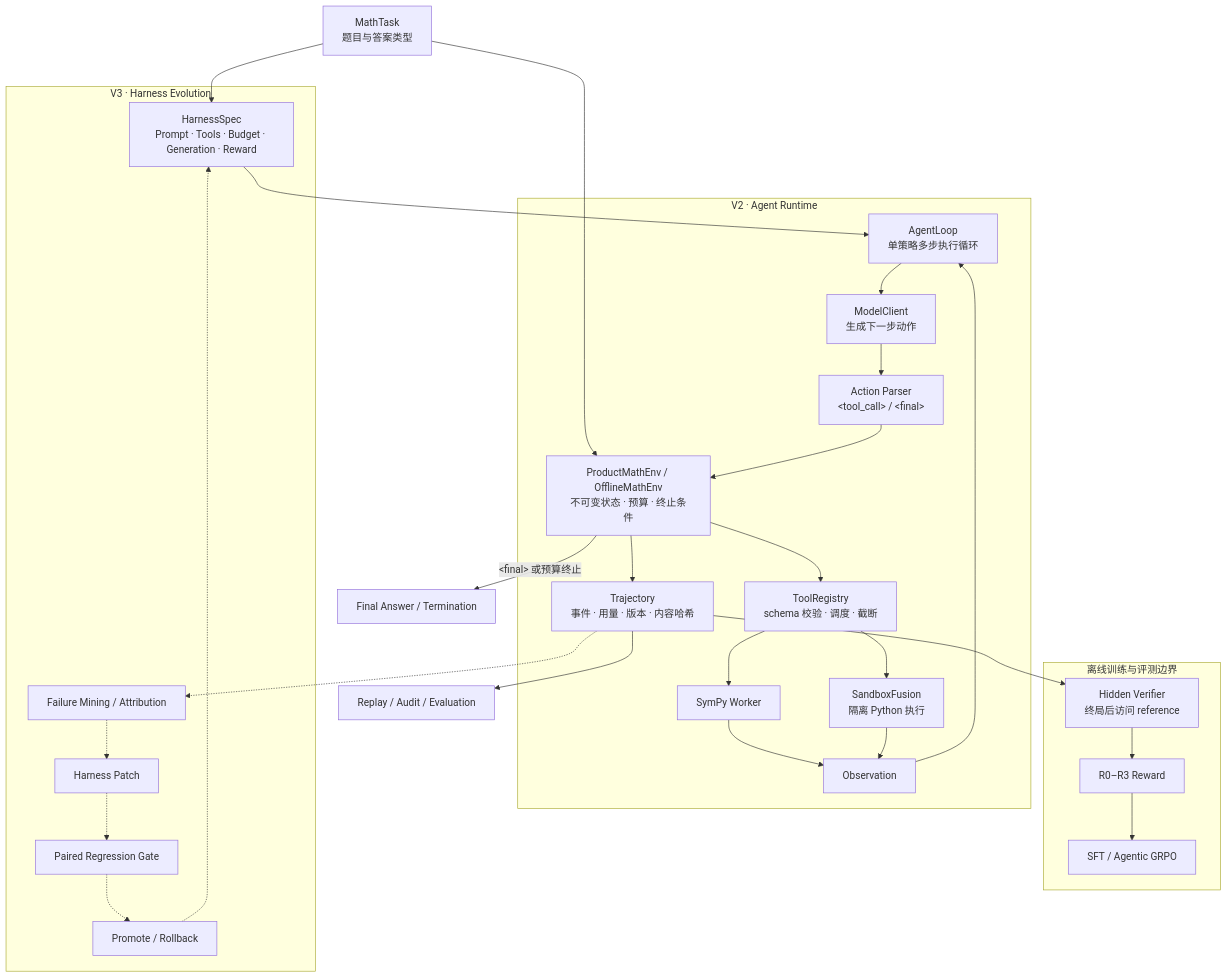
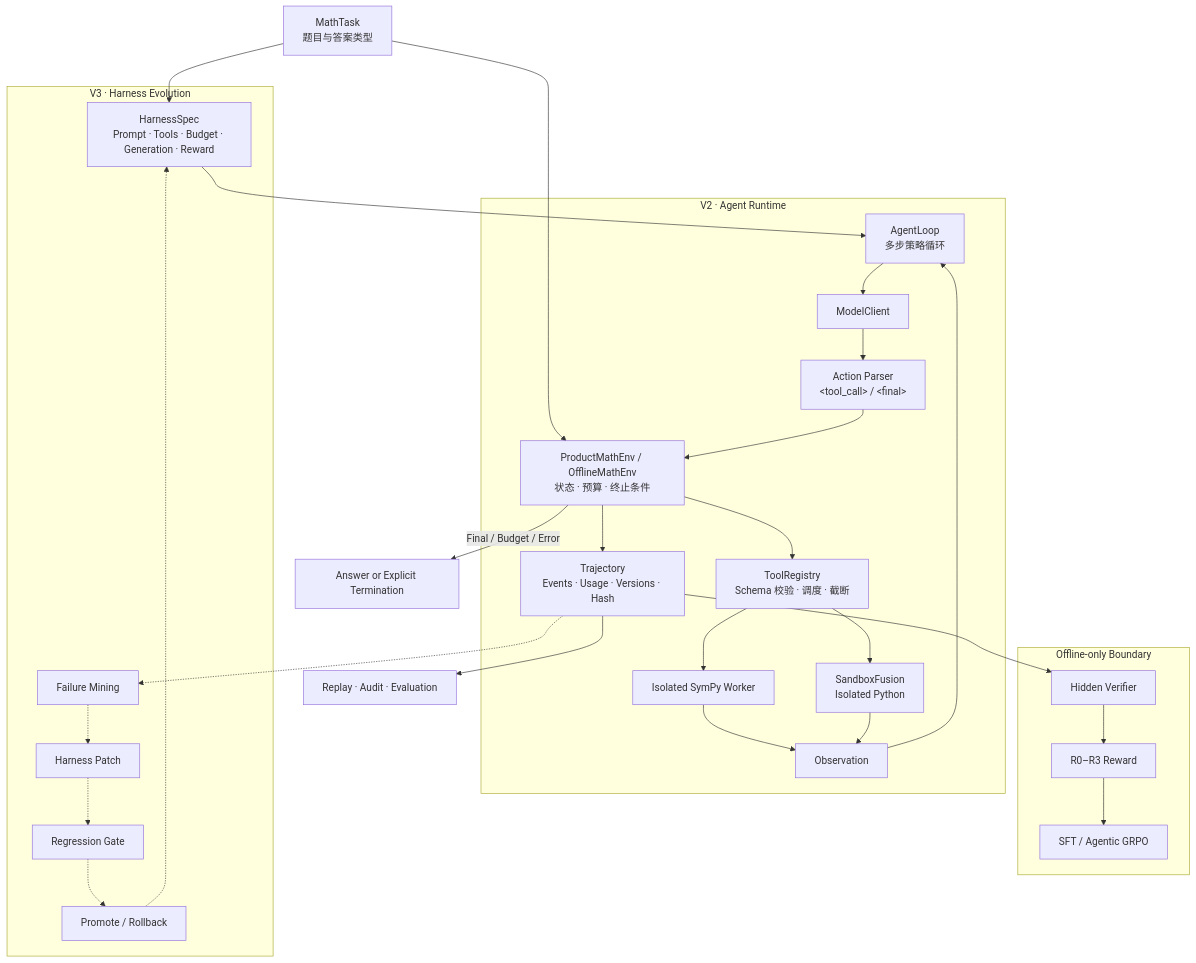
The third of 4 diagrams in README.md (cigaretter777/EvoMath-Harness), drawn with Mermaid before and after one commit. The commit also changed other lines of this file, not shown here.

Commit message:
docs: compare V1 and V2 agent architectures

````diff
--- a/README.md
+++ b/README.md
@@ -34,36 +93,36 @@
 ```mermaid
 flowchart TB
     Task["MathTask<br/>题目与答案类型"] --> Harness["HarnessSpec<br/>Prompt · Tools · Budget · Generation · Reward"]
-    Harness --> Loop["AgentLoop<br/>单策略多步执行循环"]
+    Harness --> Loop["AgentLoop<br/>多步策略循环"]
     Task --> Env
 
     subgraph Runtime["V2 · Agent Runtime"]
-        Loop --> Model["ModelClient<br/>生成下一步动作"]
+        Loop --> Model["ModelClient"]
         Model --> Parser["Action Parser<br/>&lt;tool_call&gt; / &lt;final&gt;"]
-        Parser --> Env["ProductMathEnv / OfflineMathEnv<br/>不可变状态 · 预算 · 终止条件"]
-        Env --> Registry["ToolRegistry<br/>schema 校验 · 调度 · 截断"]
-        Registry --> SymPy["SymPy Worker"]
-        Registry --> Python["SandboxFusion<br/>隔离 Python 执行"]
+        Parser --> Env["ProductMathEnv / OfflineMathEnv<br/>状态 · 预算 · 终止条件"]
+        Env --> Registry["ToolRegistry<br/>Schema 校验 · 调度 · 截断"]
+        Registry --> SymPy["Isolated SymPy Worker"]
+        Registry --> Python["SandboxFusion<br/>Isolated Python"]
         SymPy --> Observation["Observation"]
         Python --> Observation
         Observation --> Loop
-        Env --> Trace["Trajectory<br/>事件 · 用量 · 版本 · 内容哈希"]
+        Env --> Trace["Trajectory<br/>Events · Usage · Versions · Hash"]
     end
 
-    Env -->|"&lt;final&gt; 或预算终止"| Result["Final Answer / Termination"]
-    Trace --> Replay["Replay / Audit / Evaluation"]
+    Env -->|"Final / Budget / Error"| Result["Answer or Explicit Termination"]
+    Trace --> Replay["Replay · Audit · Evaluation"]
 
-    subgraph Offline["离线训练与评测边界"]
-        Trace --> HiddenVerifier["Hidden Verifier<br/>终局后访问 reference"]
-        HiddenVerifier --> Reward["R0–R3 Reward"]
-        Reward --> SFTGRPO["SFT / Agentic GRPO"]
+    subgraph Offline["Offline-only Boundary"]
+        Trace --> Verifier["Hidden Verifier"]
+        Verifier --> Reward["R0–R3 Reward"]
+        Reward --> Training["SFT / Agentic GRPO"]
     end
 
-    subgraph Evolution["V3 · Harness Evolution"]
-        Trace -.-> Failure["Failure Mining / Attribution"]
+    subgraph V3["V3 · Harness Evolution"]
+        Trace -.-> Failure["Failure Mining"]
         Failure -.-> Patch["Harness Patch"]
-        Patch -.-> Gate["Paired Regression Gate"]
-        Gate -.-> Promote["Promote / Rollback"]
-        Promote -.-> Harness
+        Patch -.-> Gate["Regression Gate"]
+        Gate -.-> Promotion["Promote / Rollback"]
+        Promotion -.-> Harness
     end
 ```
````
